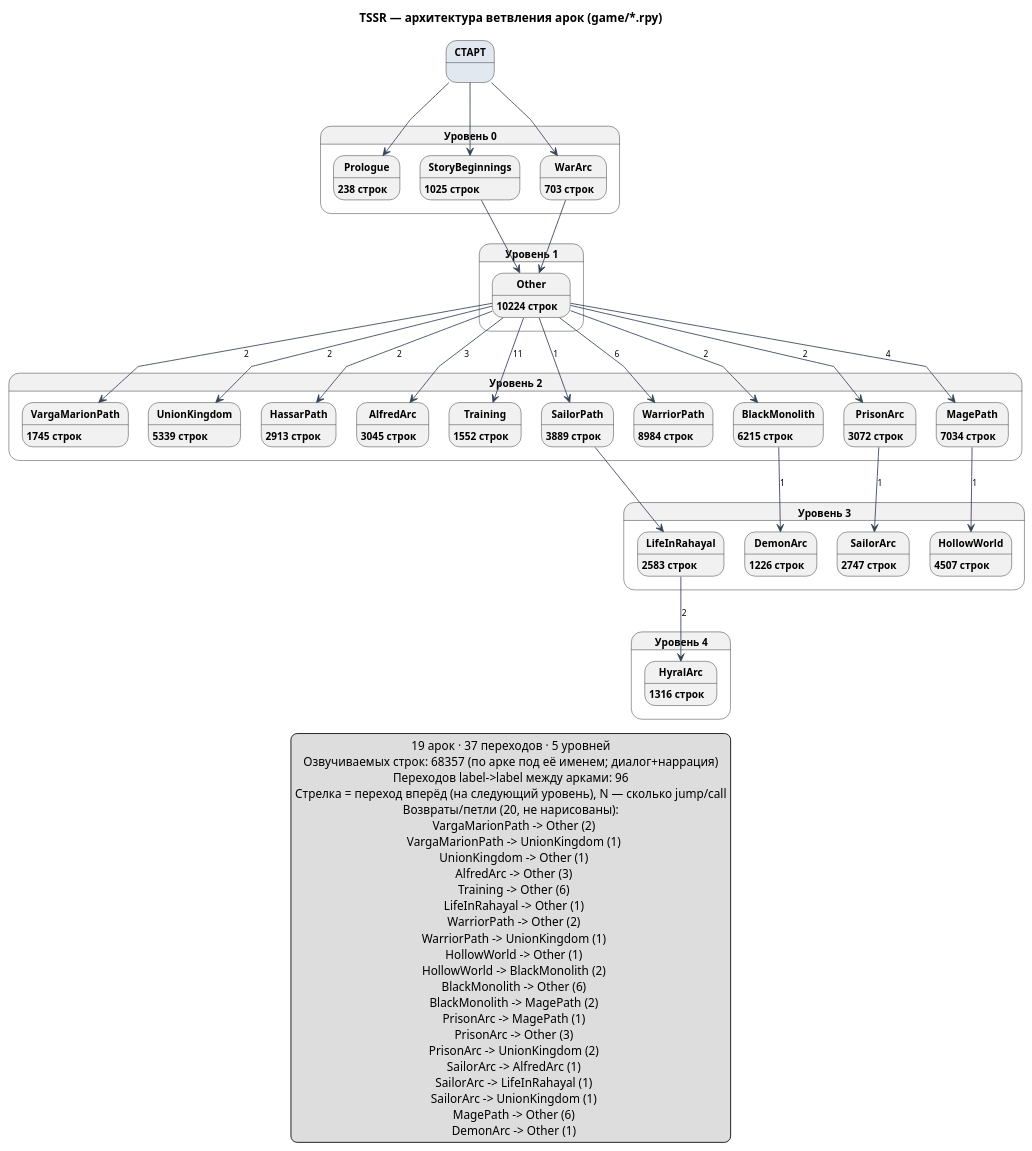
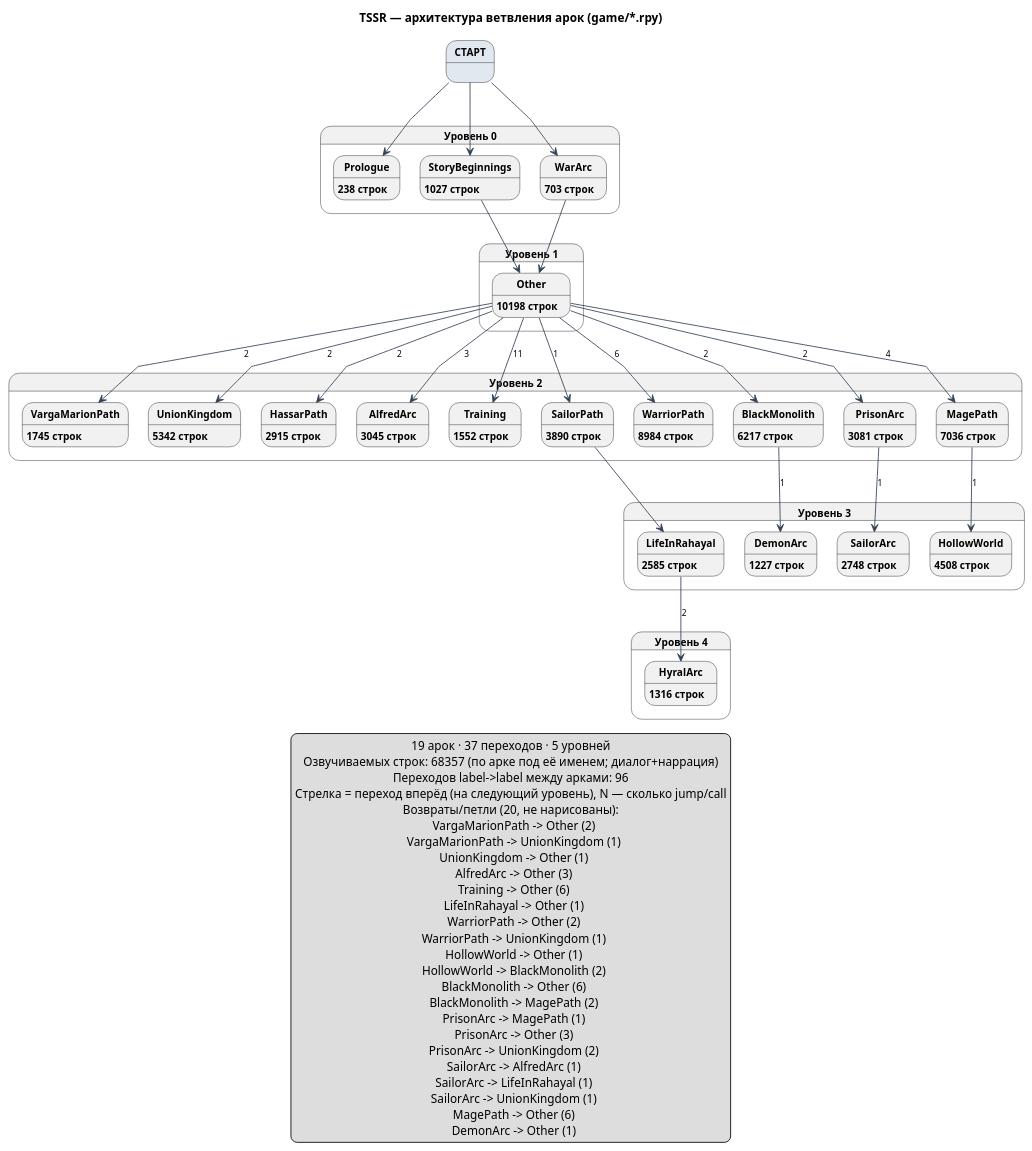
One commit to Domovikx/The-Survival-of-Sarah-Rose-Mods changed the diagram in docs/game-branching.puml. Above: the diagram before and after it, drawn with PlantUML. The commit also changed 29 other files, not shown here.

```diff
--- a/docs/game-branching.puml
+++ b/docs/game-branching.puml
@@ -1,102 +1,102 @@
 @startuml
 title TSSR — архитектура ветвления арок (game/*.rpy)
 ' единственный источник: jump/call между label в .rpy игры; уровни = BFS-глубина от старта
 top to bottom direction
 skinparam linetype polyline
 skinparam nodesep 24
 skinparam ranksep 70
 skinparam defaultTextAlignment center
 skinparam stateFontSize 12
 skinparam stateFontStyle bold
 skinparam arrowFontSize 10
 skinparam ArrowColor #334155
 skinparam packageBorderColor #94a3b8
 skinparam packageBackgroundColor #f1f5f9
 skinparam packageFontStyle bold
 
 state "СТАРТ" as START #e2e8f0
 
 state "Уровень 0" as LEVEL0 {
   state "Prologue" as Prologue : 238 строк
-  state "StoryBeginnings" as StoryBeginnings : 1025 строк
+  state "StoryBeginnings" as StoryBeginnings : 1027 строк
   state "WarArc" as WarArc : 703 строк
 }
 
 state "Уровень 1" as LEVEL1 {
-  state "Other" as Other : 10224 строк
+  state "Other" as Other : 10198 строк
 }
 
 state "Уровень 2" as LEVEL2 {
   state "VargaMarionPath" as VargaMarionPath : 1745 строк
-  state "UnionKingdom" as UnionKingdom : 5339 строк
-  state "HassarPath" as HassarPath : 2913 строк
+  state "UnionKingdom" as UnionKingdom : 5342 строк
+  state "HassarPath" as HassarPath : 2915 строк
   state "AlfredArc" as AlfredArc : 3045 строк
   state "Training" as Training : 1552 строк
-  state "SailorPath" as SailorPath : 3889 строк
+  state "SailorPath" as SailorPath : 3890 строк
   state "WarriorPath" as WarriorPath : 8984 строк
-  state "BlackMonolith" as BlackMonolith : 6215 строк
-  state "PrisonArc" as PrisonArc : 3072 строк
-  state "MagePath" as MagePath : 7034 строк
+  state "BlackMonolith" as BlackMonolith : 6217 строк
+  state "PrisonArc" as PrisonArc : 3081 строк
+  state "MagePath" as MagePath : 7036 строк
 }
 
 state "Уровень 3" as LEVEL3 {
-  state "LifeInRahayal" as LifeInRahayal : 2583 строк
-  state "HollowWorld" as HollowWorld : 4507 строк
-  state "SailorArc" as SailorArc : 2747 строк
-  state "DemonArc" as DemonArc : 1226 строк
+  state "LifeInRahayal" as LifeInRahayal : 2585 строк
+  state "HollowWorld" as HollowWorld : 4508 строк
+  state "SailorArc" as SailorArc : 2748 строк
+  state "DemonArc" as DemonArc : 1227 строк
 }
 
 state "Уровень 4" as LEVEL4 {
   state "HyralArc" as HyralArc : 1316 строк
 }
 
 START --> Prologue
 START --> StoryBeginnings
 START --> WarArc
 
 Other --> VargaMarionPath : 2
 Other --> UnionKingdom : 2
 Other --> HassarPath : 2
 Other --> AlfredArc : 3
 Other --> Training : 11
 Other --> PrisonArc : 2
 Other --> SailorPath : 1
 Other --> BlackMonolith : 2
 Other --> WarriorPath : 6
 Other --> MagePath : 4
 StoryBeginnings --> Other
 WarArc --> Other
 SailorPath --> LifeInRahayal
 LifeInRahayal --> HyralArc : 2
 BlackMonolith --> DemonArc : 1
 PrisonArc --> SailorArc : 1
 MagePath --> HollowWorld : 1
 
 legend bottom
   19 арок · 37 переходов · 5 уровней
   Озвучиваемых строк: 68357 (по арке под её именем; диалог+наррация)
   Переходов label->label между арками: 96
   Стрелка = переход вперёд (на следующий уровень), N — сколько jump/call
   Возвраты/петли (20, не нарисованы):
     VargaMarionPath -> Other (2)
     VargaMarionPath -> UnionKingdom (1)
     UnionKingdom -> Other (1)
     AlfredArc -> Other (3)
     Training -> Other (6)
     LifeInRahayal -> Other (1)
     WarriorPath -> Other (2)
     WarriorPath -> UnionKingdom (1)
     HollowWorld -> Other (1)
     HollowWorld -> BlackMonolith (2)
     BlackMonolith -> Other (6)
     BlackMonolith -> MagePath (2)
     PrisonArc -> MagePath (1)
     PrisonArc -> Other (3)
     PrisonArc -> UnionKingdom (2)
     SailorArc -> AlfredArc (1)
     SailorArc -> LifeInRahayal (1)
     SailorArc -> UnionKingdom (1)
     MagePath -> Other (6)
     DemonArc -> Other (1)
 endlegend
 @enduml
```
